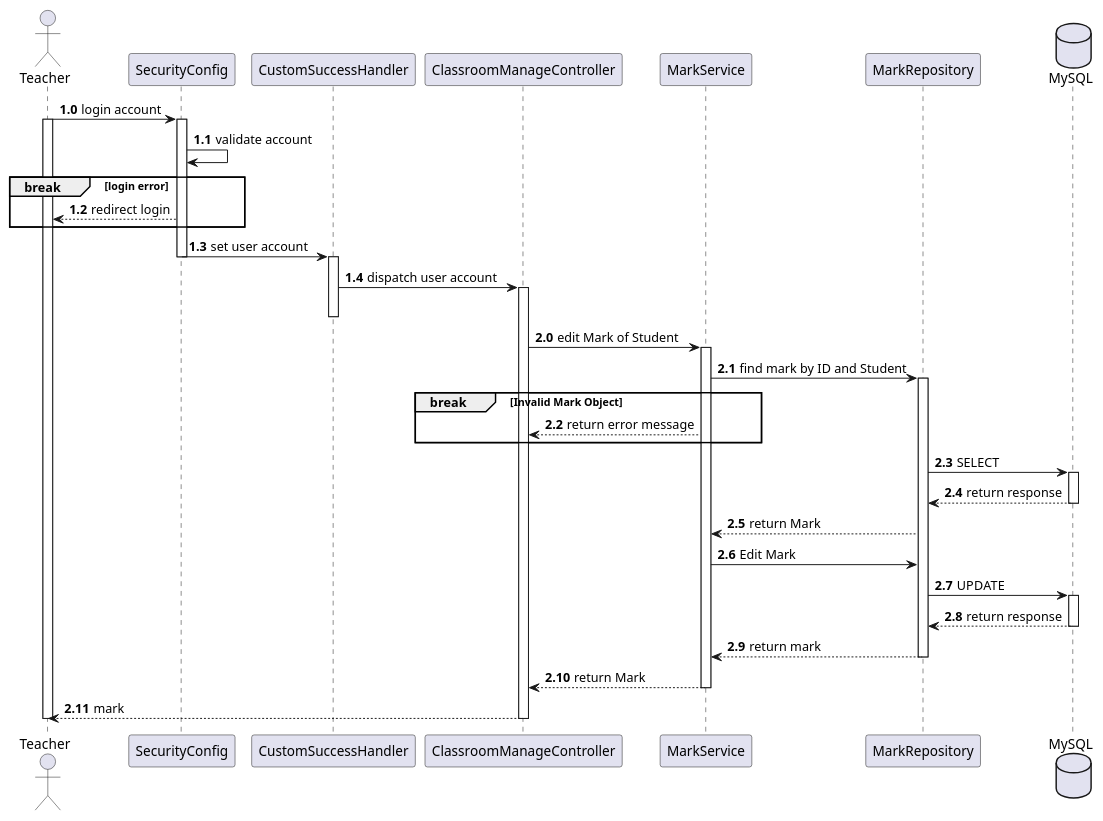
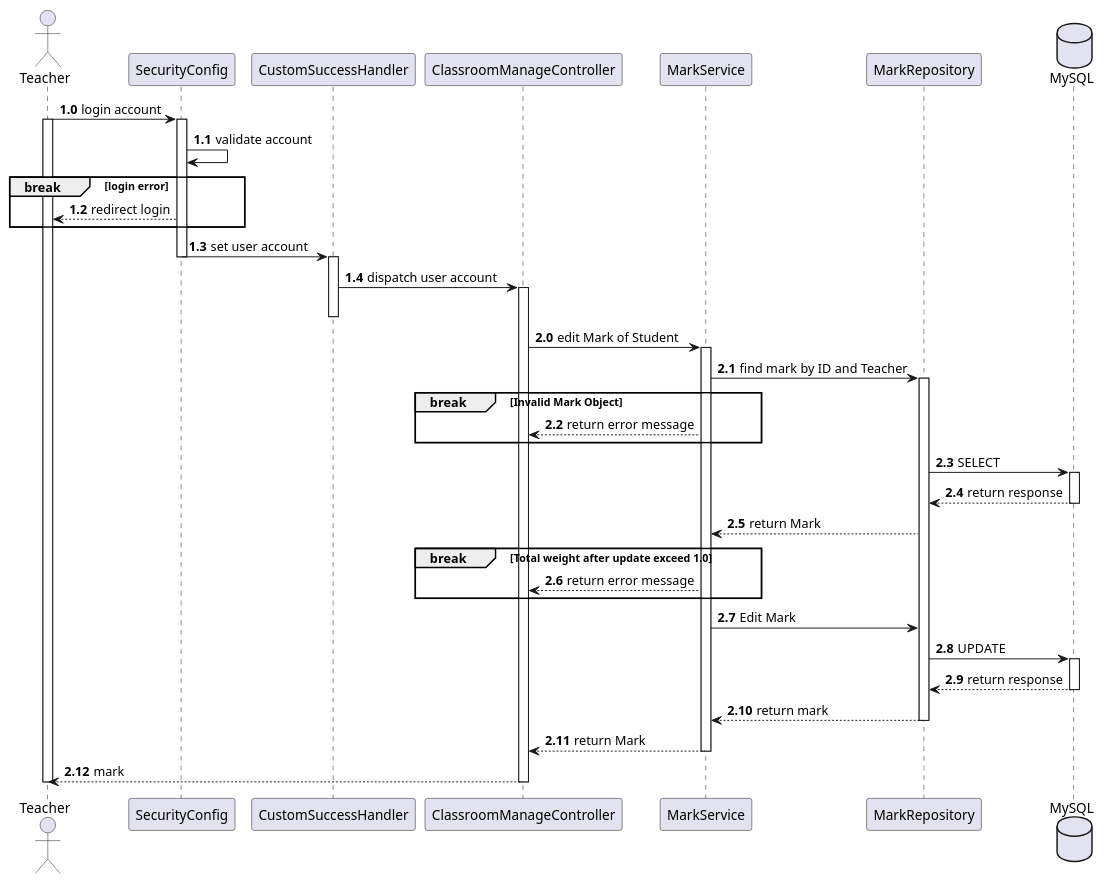
Before and after one commit to kientthe163256/student-management-fa22: the diagram in uml/teacher/editStudentMark.puml, drawn with PlantUML. The commit also changed 11 other files, not shown here.

```diff
--- a/uml/teacher/editStudentMark.puml
+++ b/uml/teacher/editStudentMark.puml
@@ -1,55 +1,58 @@
 @startuml
 Actor Teacher
 participant SecurityConfig
 participant CustomSuccessHandler
 participant ClassroomManageController
 participant MarkService
 participant MarkRepository
 database MySQL
 
 autonumber 1.0
 Teacher -> SecurityConfig: login account
 
 activate Teacher
 activate SecurityConfig
 autonumber 1.1
 SecurityConfig -> SecurityConfig: validate account
 break login error
 SecurityConfig --> Teacher: redirect login
 end
 SecurityConfig -> CustomSuccessHandler: set user account
 deactivate SecurityConfig
 activate CustomSuccessHandler
 CustomSuccessHandler -> ClassroomManageController: dispatch user account
 activate ClassroomManageController
 deactivate CustomSuccessHandler
 
 autonumber 2.0
 ClassroomManageController -> MarkService: edit Mark of Student
 activate MarkService
 
-MarkService -> MarkRepository: find mark by ID and Student
+MarkService -> MarkRepository: find mark by ID and Teacher
 activate MarkRepository
 break Invalid Mark Object
 MarkService --> ClassroomManageController: return error message
 end
 
 MarkRepository -> MySQL: SELECT
 activate MySQL
 MySQL --> MarkRepository: return response
 deactivate MySQL
 MarkRepository --> MarkService: return Mark
+break Total weight after update exceed 1.0
+MarkService --> ClassroomManageController: return error message
+end
 MarkService -> MarkRepository: Edit Mark
 MarkRepository -> MySQL: UPDATE
 activate MySQL
 MySQL --> MarkRepository: return response
 deactivate MySQL
 MarkRepository --> MarkService: return mark
 deactivate MarkRepository
 MarkService --> ClassroomManageController: return Mark
 deactivate MarkService
 ClassroomManageController --> Teacher: mark
 deactivate ClassroomManageController
 deactivate Teacher
 
 @enduml
```
